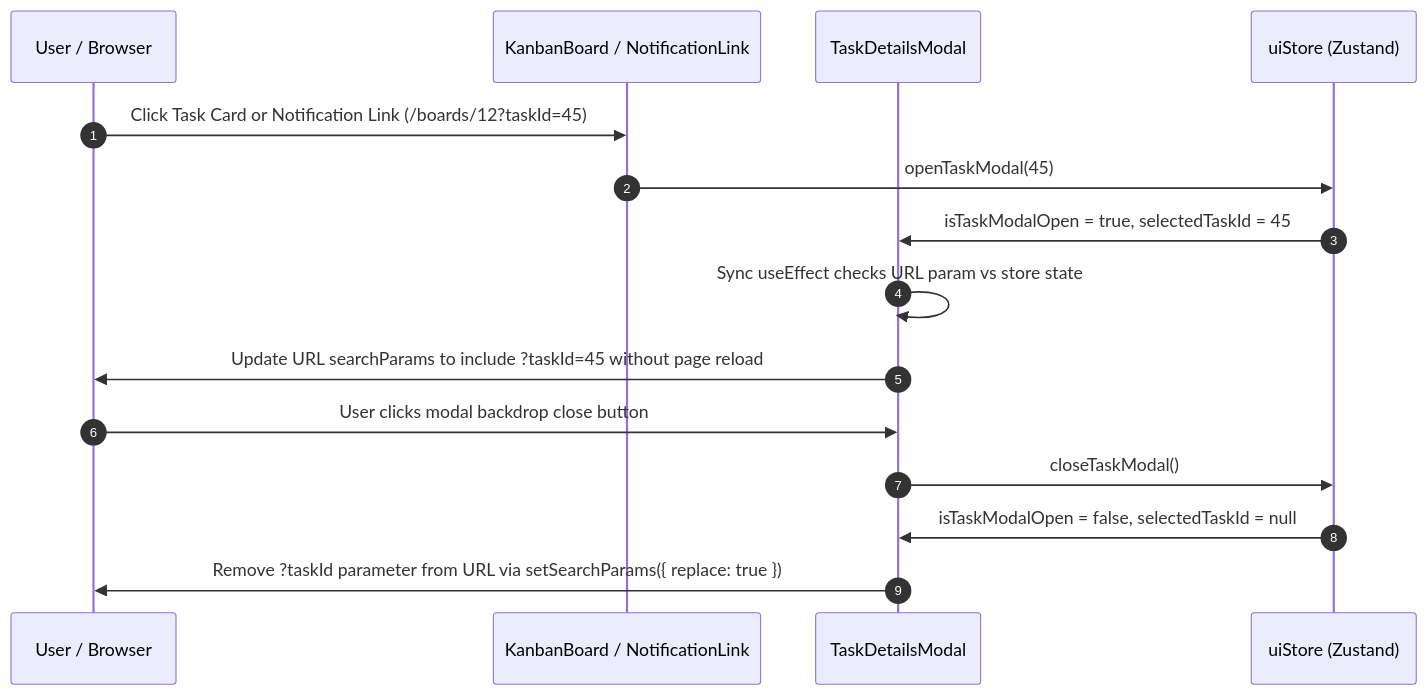
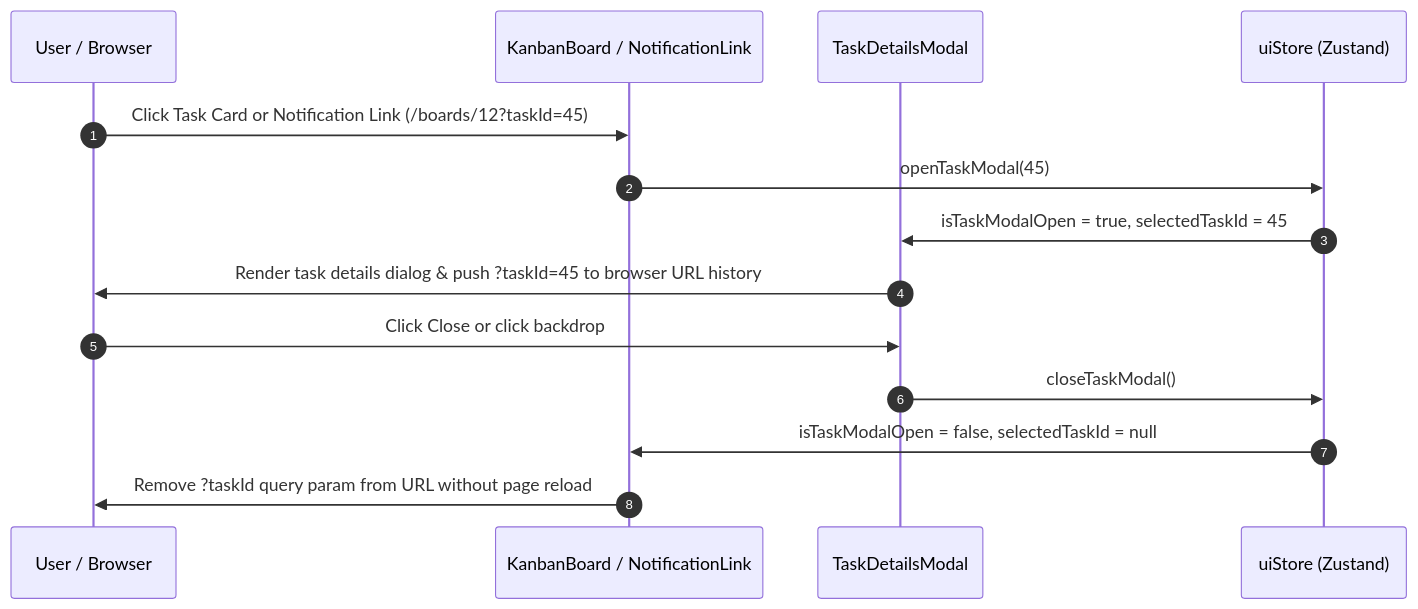
Before and after one commit to CoderArindam/kaio: diagram 16 of 18 in docs/10_CODE_EXECUTION_FLOW.md, drawn with Mermaid. The commit also changed other lines of this file and 10 other files, not shown here.

````diff
--- a/docs/10_CODE_EXECUTION_FLOW.md
+++ b/docs/10_CODE_EXECUTION_FLOW.md
@@ -440,18 +440,17 @@
 ```mermaid
 sequenceDiagram
     autonumber
     participant User as User / Browser
     participant Board as KanbanBoard / NotificationLink
     participant Modal as TaskDetailsModal
     participant Store as uiStore (Zustand)
 
     User->>Board: Click Task Card or Notification Link (/boards/12?taskId=45)
     Board->>Store: openTaskModal(45)
     Store->>Modal: isTaskModalOpen = true, selectedTaskId = 45
-    Modal->>Modal: Sync useEffect checks URL param vs store state
-    Modal->>User: Update URL searchParams to include ?taskId=45 without page reload
-    User->>Modal: User clicks modal backdrop close button
+    Modal->>User: Render task details dialog & push ?taskId=45 to browser URL history
+    User->>Modal: Click Close or click backdrop
     Modal->>Store: closeTaskModal()
-    Store->>Modal: isTaskModalOpen = false, selectedTaskId = null
-    Modal->>User: Remove ?taskId parameter from URL via setSearchParams({ replace: true })
+    Store->>Board: isTaskModalOpen = false, selectedTaskId = null
+    Board->>User: Remove ?taskId query param from URL without page reload
 ```
````
